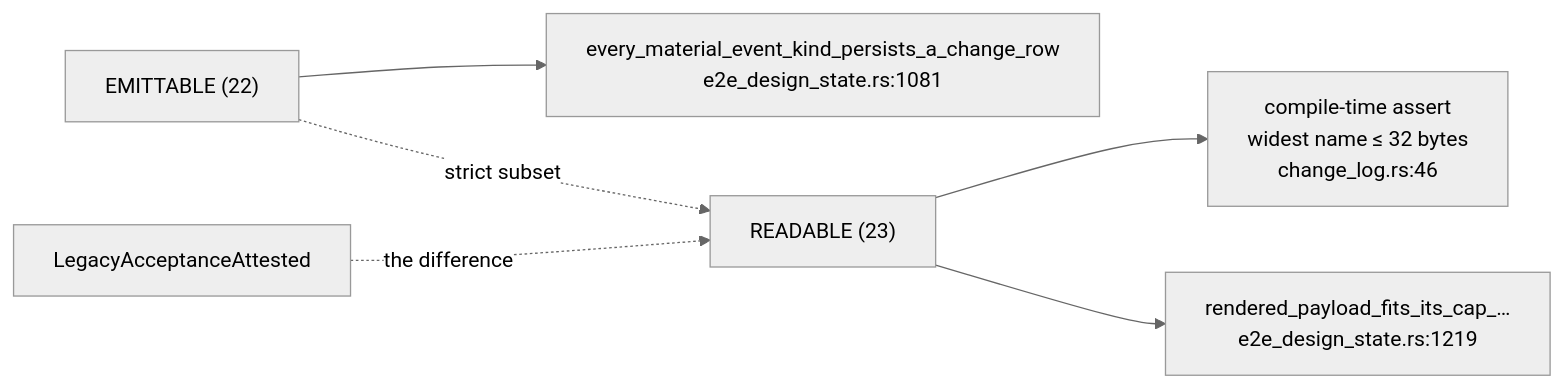
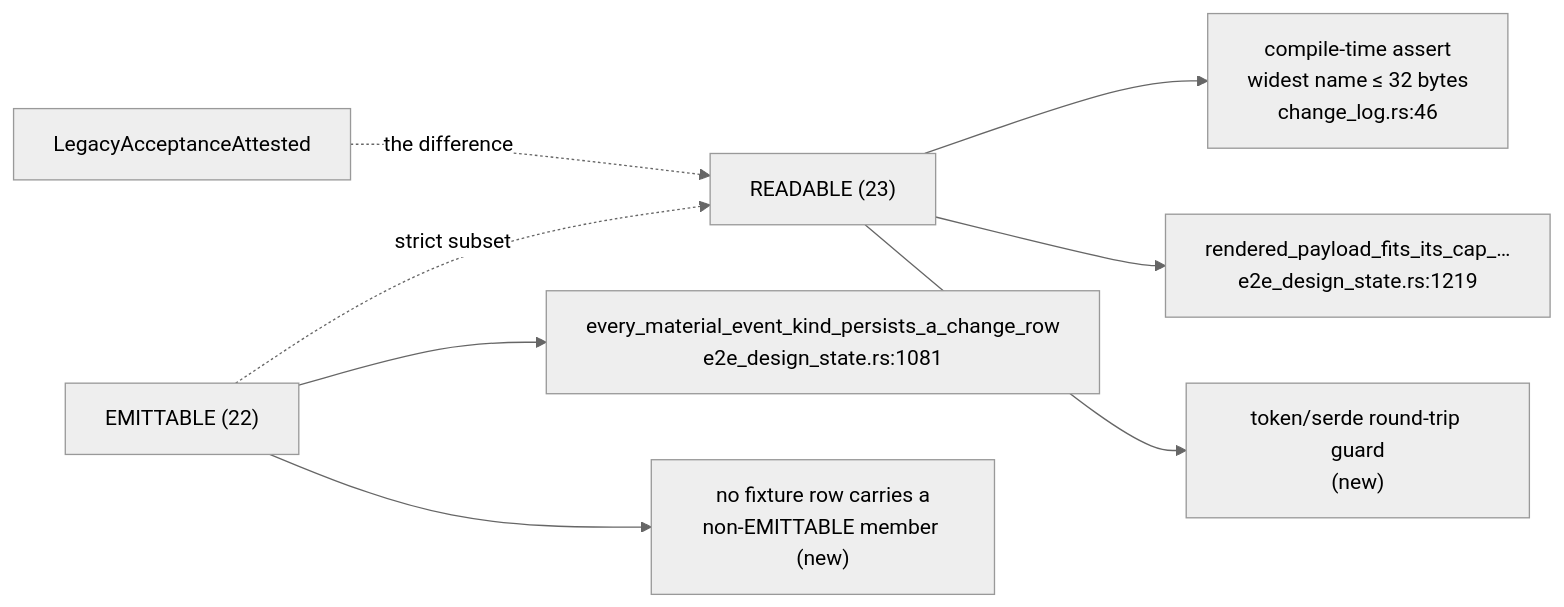
The first of 2 diagrams in .doctrine/slice/256/design.md (davidlee/doctrine), drawn with Mermaid (neutral theme) before and after one commit. The commit also changed other lines of this file and 9 other files, not shown here.

````diff
--- a/.doctrine/slice/256/design.md
+++ b/.doctrine/slice/256/design.md
@@ -209,8 +231,10 @@
 ```mermaid
 flowchart LR
   R["READABLE (23)"] --> A["compile-time assert<br/>widest name ≤ 32 bytes<br/>change_log.rs:46"]
   R --> B["rendered_payload_fits_its_cap_…<br/>e2e_design_state.rs:1219"]
+  R --> D["token/serde round-trip guard<br/>(new)"]
   E["EMITTABLE (22)"] --> C["every_material_event_kind_persists_a_change_row<br/>e2e_design_state.rs:1081"]
+  E --> F["no fixture row carries a<br/>non-EMITTABLE member (new)"]
   E -.->|strict subset| R
   L["LegacyAcceptanceAttested"] -.->|the difference| R
 ```
````
